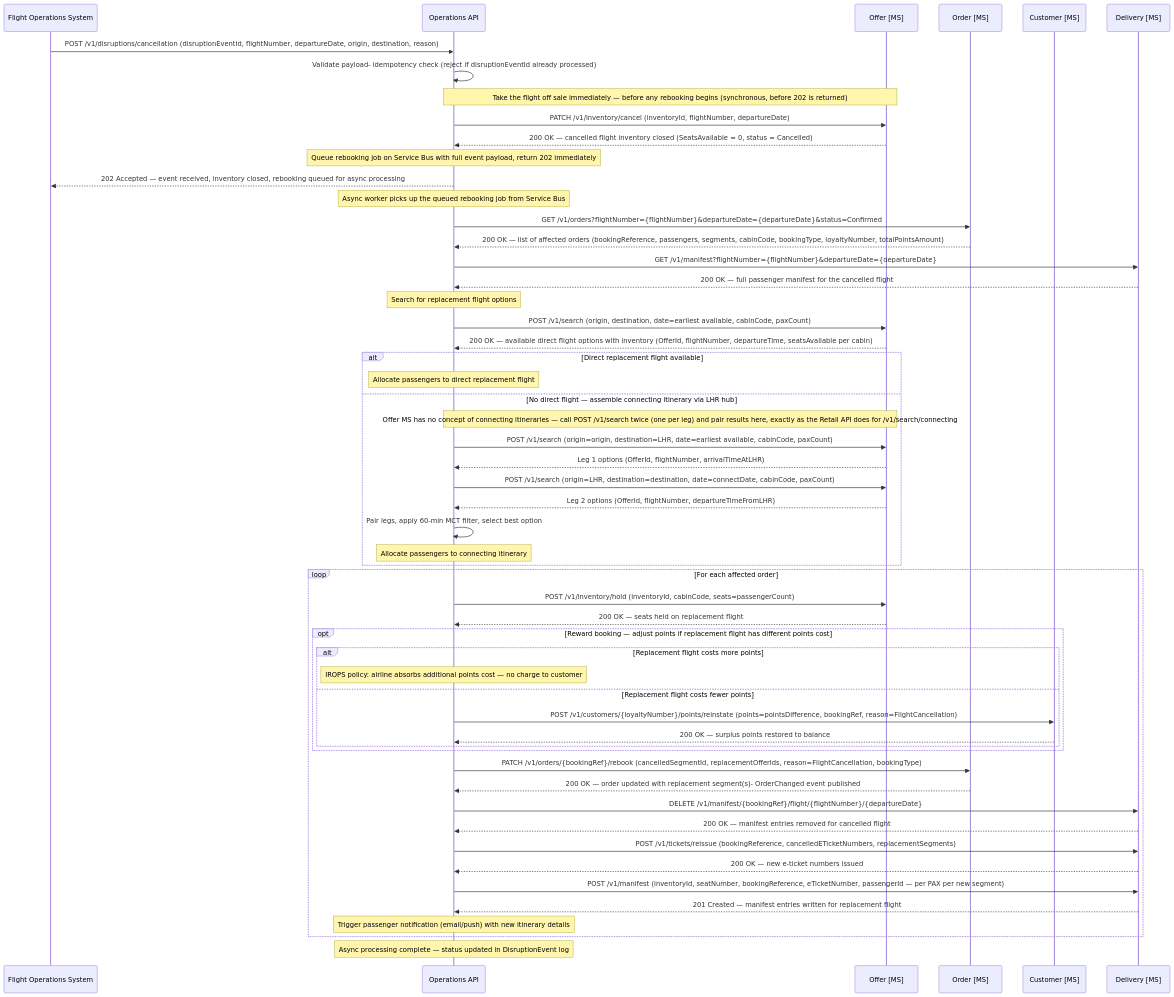
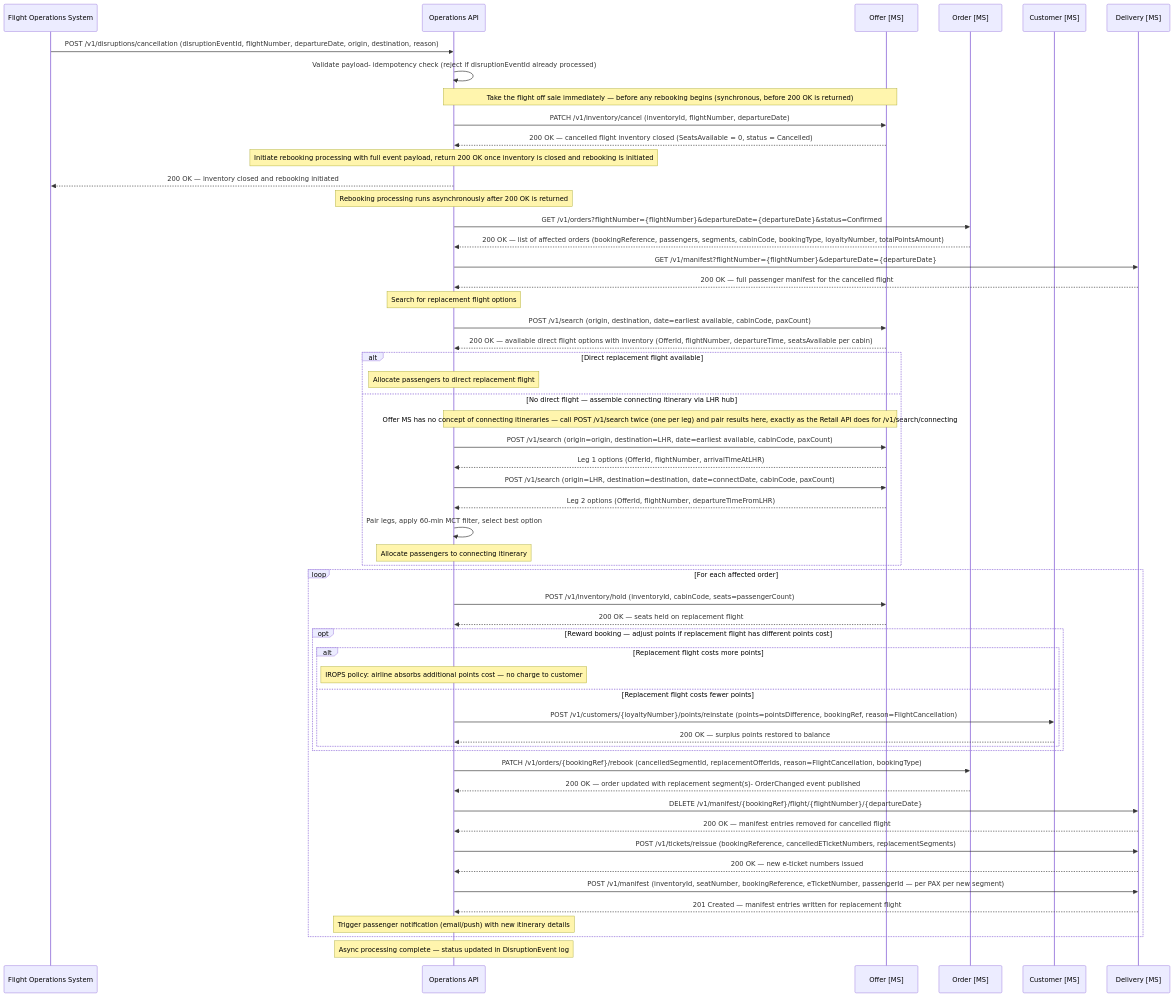
One commit to sebharvey/airline-reservation-system changed the third of 4 diagrams in documentation/design/disruption.md. Above: the diagram before and after it, drawn with Mermaid. The commit also changed other lines of this file and 1 other file, not shown here.

First line of the commit message:
docs: update disruption cancellation endpoint from 202 to 200 OK

````diff
--- a/documentation/design/disruption.md
+++ b/documentation/design/disruption.md
@@ -93,73 +93,73 @@
 ```mermaid
 sequenceDiagram
     participant FOS as Flight Operations System
     participant DisruptionAPI as Operations API
     participant OfferMS as Offer [MS]
     participant OrderMS as Order [MS]
     participant CustomerMS as Customer [MS]
     participant DeliveryMS as Delivery [MS]
 
     FOS->>DisruptionAPI: POST /v1/disruptions/cancellation (disruptionEventId, flightNumber, departureDate, origin, destination, reason)
     DisruptionAPI->>DisruptionAPI: Validate payload- idempotency check (reject if disruptionEventId already processed)
 
-    Note over DisruptionAPI,OfferMS: Take the flight off sale immediately — before any rebooking begins (synchronous, before 202 is returned)
+    Note over DisruptionAPI,OfferMS: Take the flight off sale immediately — before any rebooking begins (synchronous, before 200 OK is returned)
     DisruptionAPI->>OfferMS: PATCH /v1/inventory/cancel (inventoryId, flightNumber, departureDate)
     OfferMS-->>DisruptionAPI: 200 OK — cancelled flight inventory closed (SeatsAvailable = 0, status = Cancelled)
 
-    Note over DisruptionAPI: Queue rebooking job on Service Bus with full event payload, return 202 immediately
-    DisruptionAPI-->>FOS: 202 Accepted — event received, inventory closed, rebooking queued for async processing
+    Note over DisruptionAPI: Initiate rebooking processing with full event payload, return 200 OK once inventory is closed and rebooking is initiated
+    DisruptionAPI-->>FOS: 200 OK — inventory closed and rebooking initiated
 
-    Note over DisruptionAPI: Async worker picks up the queued rebooking job from Service Bus
+    Note over DisruptionAPI: Rebooking processing runs asynchronously after 200 OK is returned
     DisruptionAPI->>OrderMS: GET /v1/orders?flightNumber={flightNumber}&departureDate={departureDate}&status=Confirmed
     OrderMS-->>DisruptionAPI: 200 OK — list of affected orders (bookingReference, passengers, segments, cabinCode, bookingType, loyaltyNumber, totalPointsAmount)
 
     DisruptionAPI->>DeliveryMS: GET /v1/manifest?flightNumber={flightNumber}&departureDate={departureDate}
     DeliveryMS-->>DisruptionAPI: 200 OK — full passenger manifest for the cancelled flight
 
     Note over DisruptionAPI: Search for replacement flight options
 
     DisruptionAPI->>OfferMS: POST /v1/search (origin, destination, date=earliest available, cabinCode, paxCount)
     OfferMS-->>DisruptionAPI: 200 OK — available direct flight options with inventory (OfferId, flightNumber, departureTime, seatsAvailable per cabin)
 
     alt Direct replacement flight available
         Note over DisruptionAPI: Allocate passengers to direct replacement flight
     else No direct flight — assemble connecting itinerary via LHR hub
         Note over DisruptionAPI,OfferMS: Offer MS has no concept of connecting itineraries — call POST /v1/search twice (one per leg) and pair results here, exactly as the Retail API does for /v1/search/connecting
         DisruptionAPI->>OfferMS: POST /v1/search (origin=origin, destination=LHR, date=earliest available, cabinCode, paxCount)
         OfferMS-->>DisruptionAPI: Leg 1 options (OfferId, flightNumber, arrivalTimeAtLHR)
         DisruptionAPI->>OfferMS: POST /v1/search (origin=LHR, destination=destination, date=connectDate, cabinCode, paxCount)
         OfferMS-->>DisruptionAPI: Leg 2 options (OfferId, flightNumber, departureTimeFromLHR)
         DisruptionAPI->>DisruptionAPI: Pair legs, apply 60-min MCT filter, select best option
         Note over DisruptionAPI: Allocate passengers to connecting itinerary
     end
 
     loop For each affected order
         DisruptionAPI->>OfferMS: POST /v1/inventory/hold (inventoryId, cabinCode, seats=passengerCount)
         OfferMS-->>DisruptionAPI: 200 OK — seats held on replacement flight
 
         opt Reward booking — adjust points if replacement flight has different points cost
             alt Replacement flight costs more points
                 Note over DisruptionAPI: IROPS policy: airline absorbs additional points cost — no charge to customer
             else Replacement flight costs fewer points
                 DisruptionAPI->>CustomerMS: POST /v1/customers/{loyaltyNumber}/points/reinstate (points=pointsDifference, bookingRef, reason=FlightCancellation)
                 CustomerMS-->>DisruptionAPI: 200 OK — surplus points restored to balance
             end
         end
 
         DisruptionAPI->>OrderMS: PATCH /v1/orders/{bookingRef}/rebook (cancelledSegmentId, replacementOfferIds, reason=FlightCancellation, bookingType)
         OrderMS-->>DisruptionAPI: 200 OK — order updated with replacement segment(s)- OrderChanged event published
 
         DisruptionAPI->>DeliveryMS: DELETE /v1/manifest/{bookingRef}/flight/{flightNumber}/{departureDate}
         DeliveryMS-->>DisruptionAPI: 200 OK — manifest entries removed for cancelled flight
 
         DisruptionAPI->>DeliveryMS: POST /v1/tickets/reissue (bookingReference, cancelledETicketNumbers, replacementSegments)
         DeliveryMS-->>DisruptionAPI: 200 OK — new e-ticket numbers issued
 
         DisruptionAPI->>DeliveryMS: POST /v1/manifest (inventoryId, seatNumber, bookingReference, eTicketNumber, passengerId — per PAX per new segment)
         DeliveryMS-->>DisruptionAPI: 201 Created — manifest entries written for replacement flight
 
         Note over DisruptionAPI: Trigger passenger notification (email/push) with new itinerary details
     end
 
     Note over DisruptionAPI: Async processing complete — status updated in DisruptionEvent log
 ```
````
